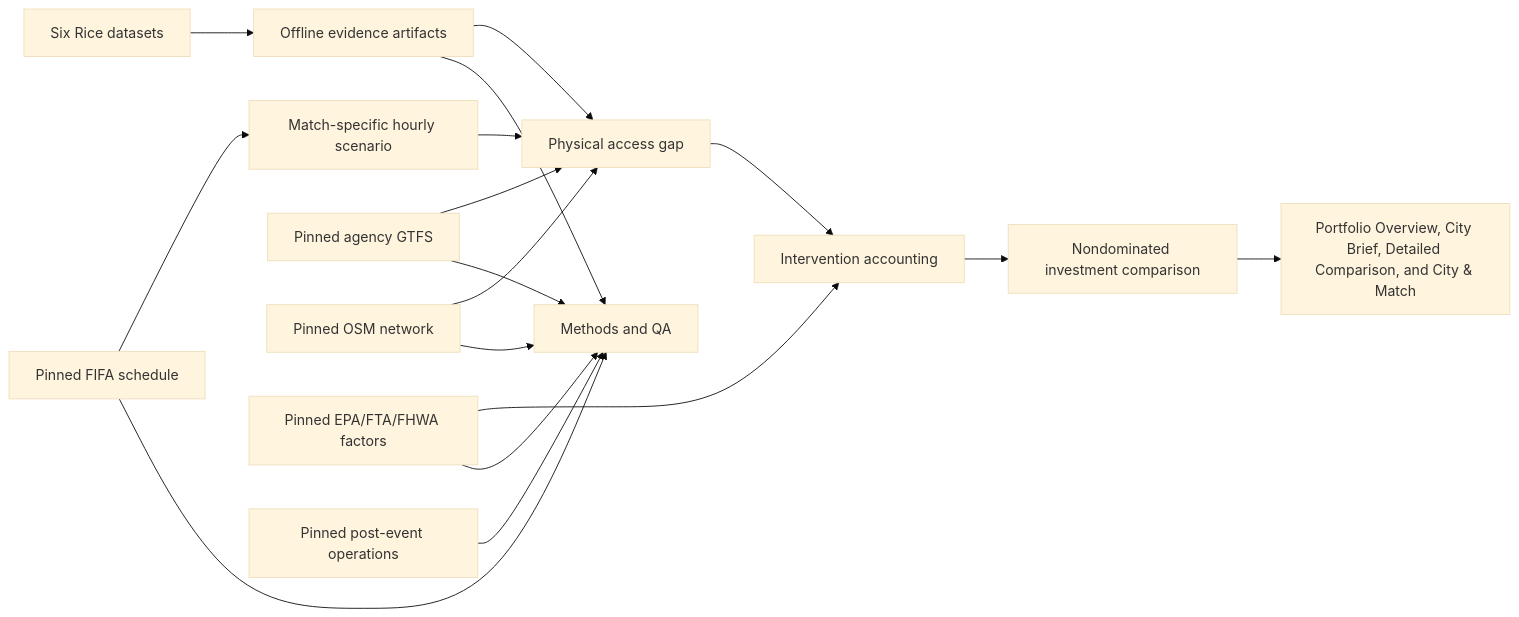
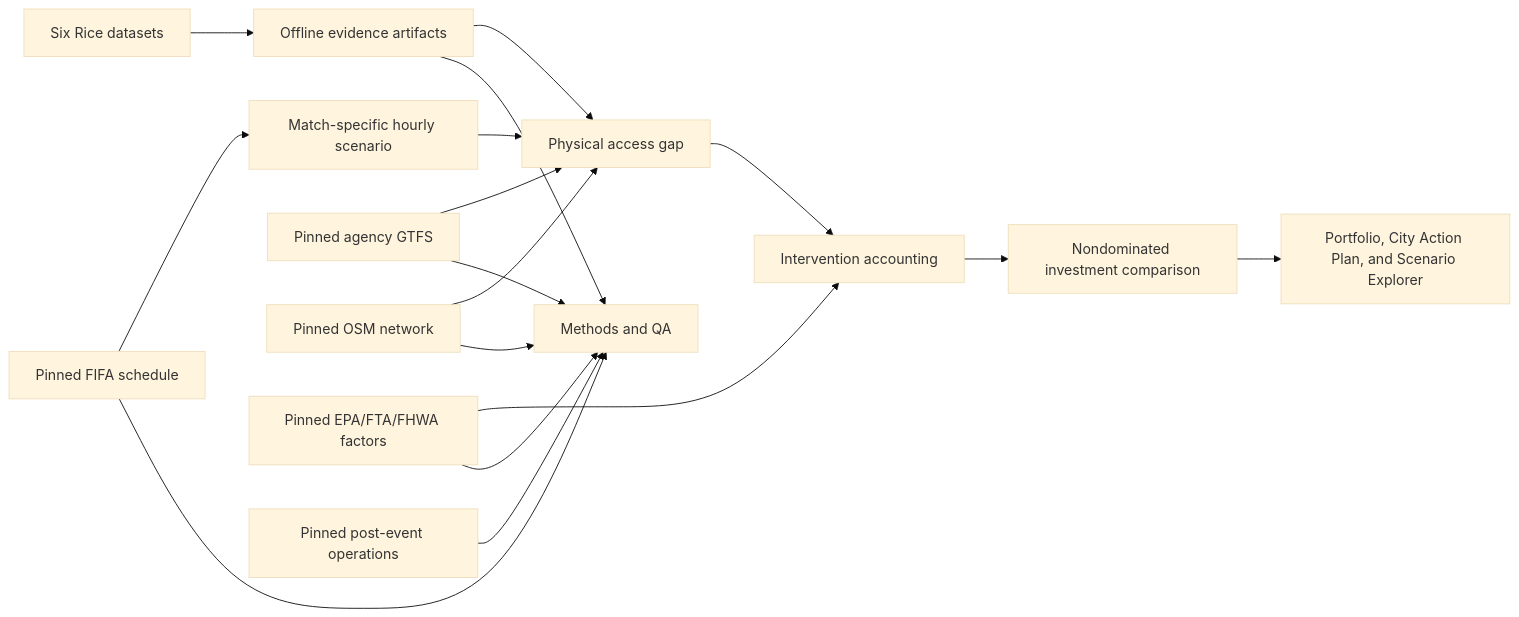
The diagram in docs/METHODOLOGY.md (Wei-Ping-Lam/mobility-platform), drawn with Mermaid (base theme) before and after one commit. The commit also changed other lines of this file and 38 other files, not shown here.

````diff
--- a/docs/METHODOLOGY.md
+++ b/docs/METHODOLOGY.md
@@ -15,19 +15,19 @@
 ```mermaid
 flowchart LR
   R[Six Rice datasets] --> E[Offline evidence artifacts]
   F[Pinned FIFA schedule] --> M[Match-specific hourly scenario]
   G[Pinned agency GTFS] --> A[Physical access gap]
   O[Pinned OSM network] --> A
   E --> A
   M --> A
   X[Pinned EPA/FTA/FHWA factors] --> I[Intervention accounting]
   D[Pinned post-event operations] --> Q[Methods and QA]
   A --> I
   I --> P[Nondominated investment comparison]
   E --> Q[Methods and QA]
   F --> Q
   G --> Q
   O --> Q
   X --> Q
-  P --> U[Portfolio Overview, City Brief, Detailed Comparison, and City & Match]
+  P --> U[Portfolio, City Action Plan, and Scenario Explorer]
 ```
````
